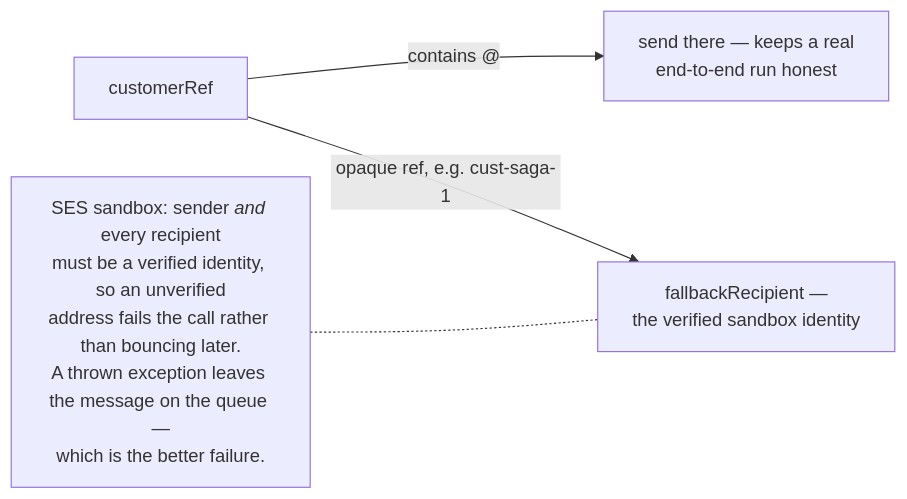
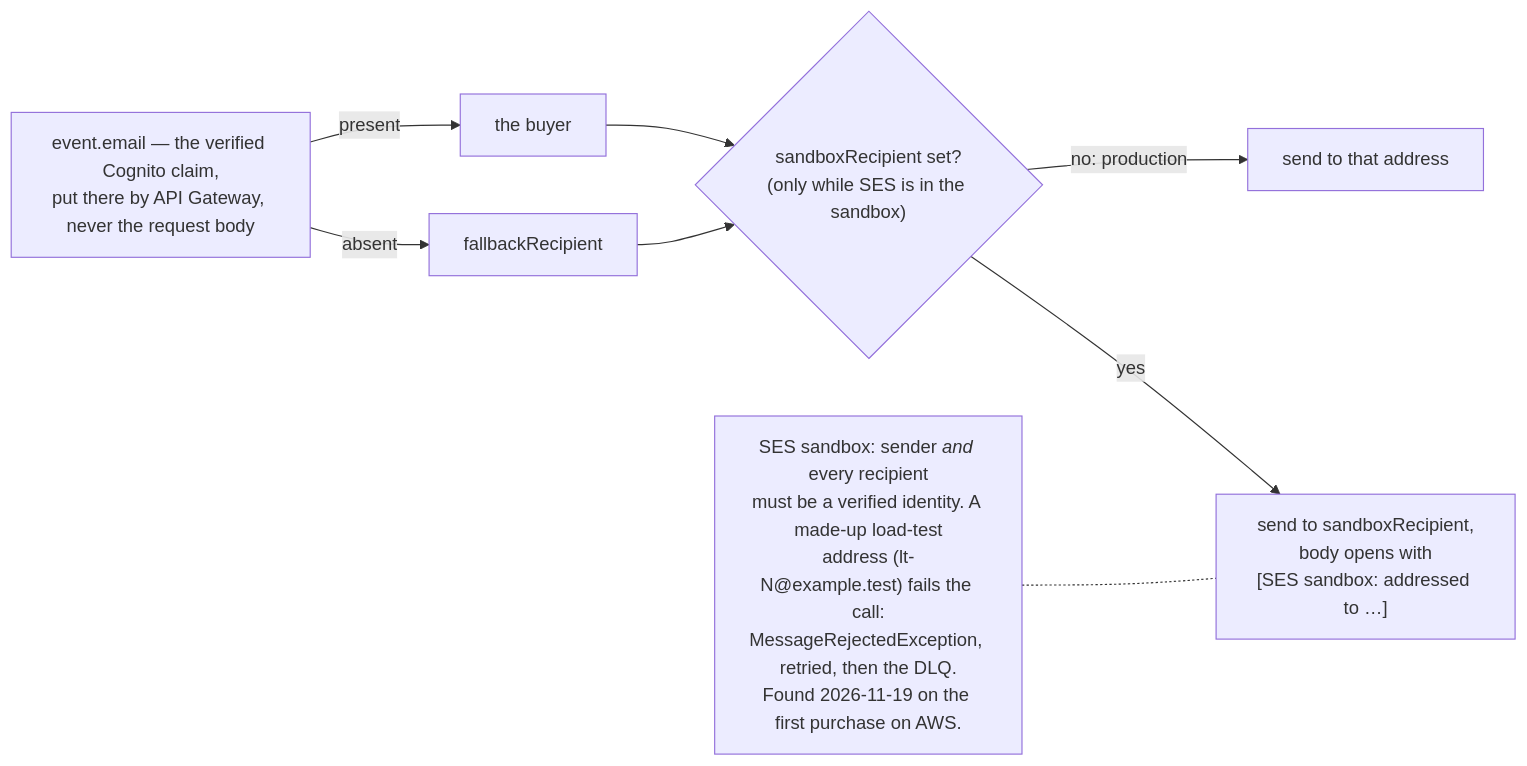
The third of 5 diagrams in notification-service/ARCHITECTURE.md (daliborjelicanin/ticket-waiting-room-aws), drawn with Mermaid before and after one commit. The commit also changed other lines of this file and 7 other files, not shown here.

Commit message:
SES sandbox redirect;

````diff
--- a/notification-service/ARCHITECTURE.md
+++ b/notification-service/ARCHITECTURE.md
@@ -53,6 +53,11 @@
 ```mermaid
 flowchart LR
-    H["customerRef"] -->|"contains @"| I["send there — keeps a real<br/>end-to-end run honest"]
-    H -->|"opaque ref, e.g. cust-saga-1"| J["fallbackRecipient —<br/>the verified sandbox identity"]
-    K["SES sandbox: sender <i>and</i> every recipient<br/>must be a verified identity, so an unverified<br/>address fails the call rather than bouncing later.<br/>A thrown exception leaves the message on the queue —<br/>which is the better failure."] -.- J
+    H["event.email — the verified Cognito claim,<br/>put there by API Gateway, never the request body"] -->|"present"| I["the buyer"]
+    H -->|"absent"| J["fallbackRecipient"]
+    R{"sandboxRecipient set?<br/>(only while SES is in the sandbox)"}
+    I --> R
+    J --> R
+    R -->|"no: production"| S["send to that address"]
+    R -->|"yes"| T["send to sandboxRecipient,<br/>body opens with<br/>[SES sandbox: addressed to …]"]
+    K["SES sandbox: sender <i>and</i> every recipient<br/>must be a verified identity. A made-up load-test<br/>address (lt-N@example.test) fails the call:<br/>MessageRejectedException, retried, then the DLQ.<br/>Found 2026-11-19 on the first purchase on AWS."] -.- T
 ```
````
